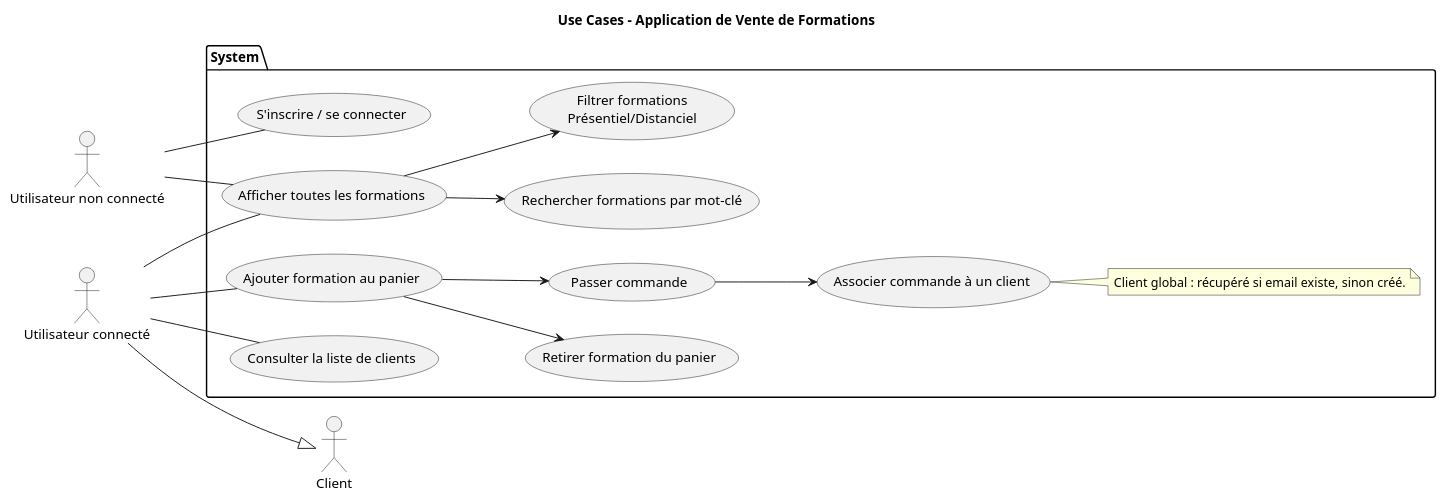
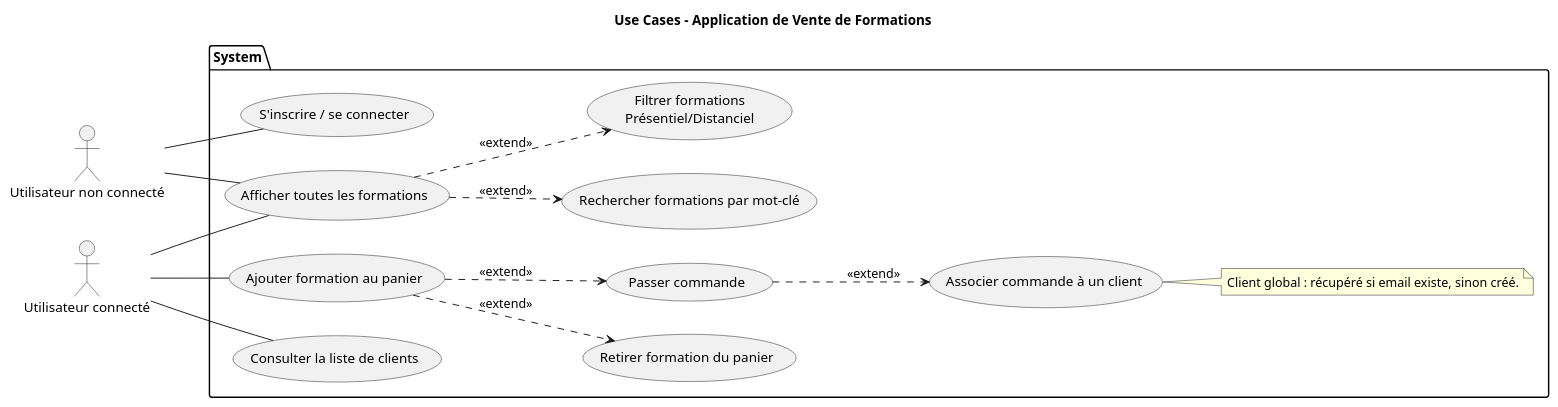
Before and after one commit to rdpt03/FMS-JAVA-Eval-FormationsManager: the diagram in docs/useCases.puml, drawn with PlantUML. The commit also changed 1 other file, not shown here.

Commit message:
fix all usecases case to case remove user to client heritage

```diff
--- a/docs/useCases.puml
+++ b/docs/useCases.puml
@@ -1,48 +1,44 @@
 @startuml
 title Use Cases - Application de Vente de Formations
 left to right direction
 ' Actors
 actor "Utilisateur non connecté" as Guest
 actor "Utilisateur connecté" as User
-actor "Client" as Client
 
 package System{
     ' use cases
     usecase "S'inscrire / se connecter" as UC4
 
     usecase "Afficher toutes les formations" as UC1
     usecase "Rechercher formations par mot-clé" as UC2
     usecase "Filtrer formations\nPrésentiel/Distanciel" as UC3
 
     usecase "Ajouter formation au panier" as UC5
     usecase "Retirer formation du panier" as UC6
     usecase "Passer commande" as UC7
 
     usecase "Consulter la liste de clients" as UC9
     usecase "Associer commande à un client" as UC8
 
     ' Guest to cases
     Guest -- UC1
-    UC1 --> UC2
-    UC1 --> UC3
+    UC1 ..> UC2 : <<extend>>
+    UC1 ..> UC3 : <<extend>>
     Guest -- UC4
 
     ' users to cases
     User -- UC1
     User -- UC5
     User -- UC9
 
     ' cases to cases
-    UC5 --> UC6
-    UC5 --> UC7
-    UC7 --> UC8
-
-    ' heritage
-    User --|> Client
+    UC5 ..> UC6 : <<extend>>
+    UC5 ..> UC7 : <<extend>>
+    UC7 ..> UC8 : <<extend>>
 
     ' Client note
     note right of UC8
       Client global : récupéré si email existe, sinon créé.
     end note
 }
 @enduml
```
